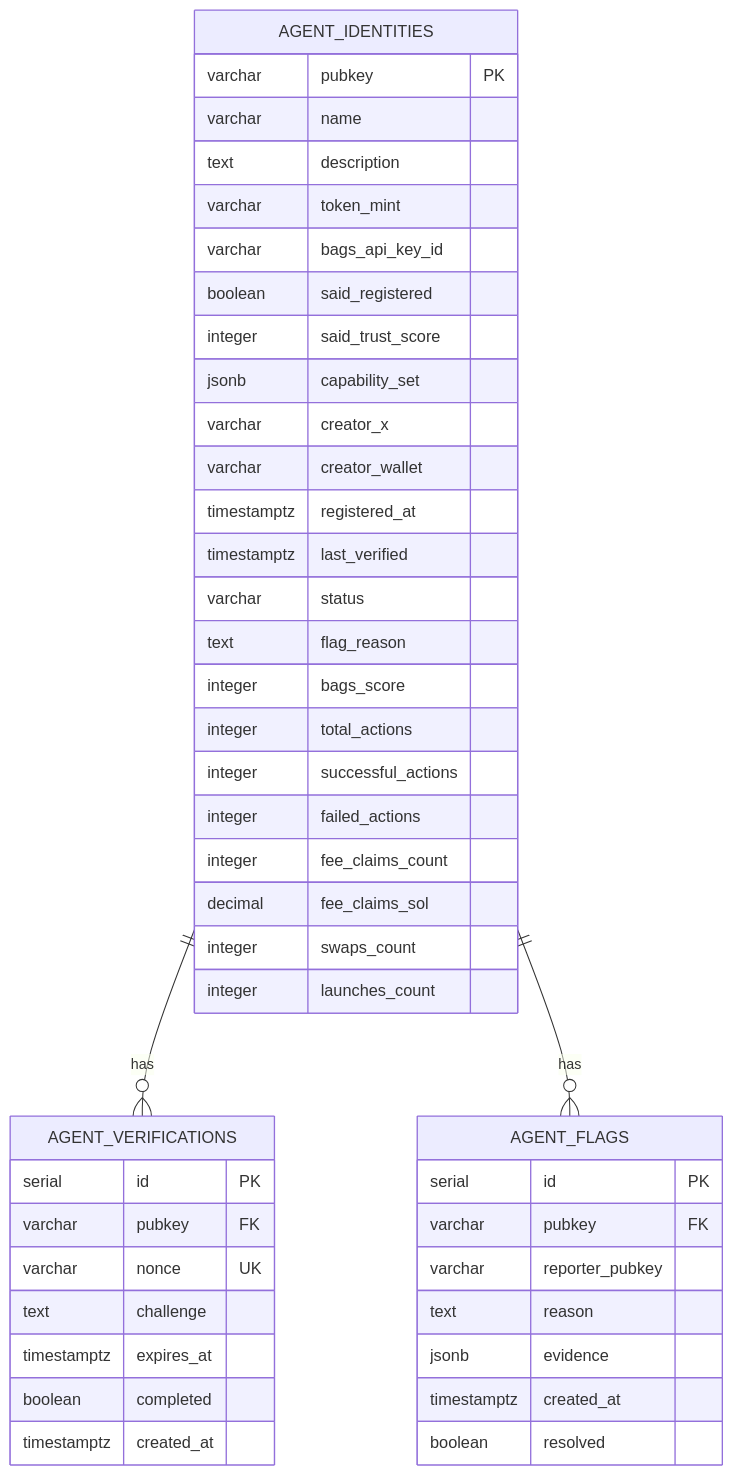
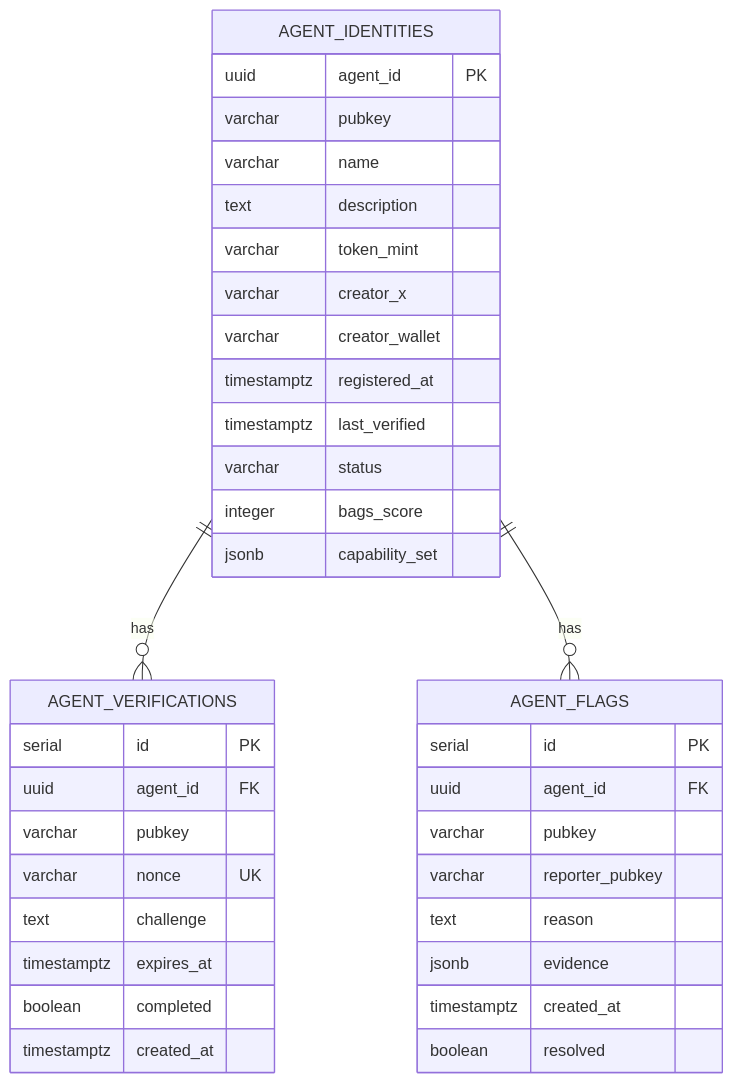
Before and after one commit to RunTimeAdmin/AgentID: the fifth of 6 diagrams in .qoder/repowiki/en/content/Project Overview/Core Components/PKI Challenge-Response System.md, drawn with Mermaid. The commit also changed other lines of this file and 31 other files, not shown here.

````diff
--- a/.qoder/repowiki/en/content/Project Overview/Core Components/PKI Challenge-Response System.md
+++ b/.qoder/repowiki/en/content/Project Overview/Core Components/PKI Challenge-Response System.md
@@ -222,47 +241,39 @@
 ```mermaid
 erDiagram
 AGENT_IDENTITIES {
-varchar pubkey PK
+uuid agent_id PK
+varchar pubkey
 varchar name
 text description
 varchar token_mint
-varchar bags_api_key_id
-boolean said_registered
-integer said_trust_score
-jsonb capability_set
 varchar creator_x
 varchar creator_wallet
 timestamptz registered_at
 timestamptz last_verified
 varchar status
-text flag_reason
 integer bags_score
-integer total_actions
-integer successful_actions
-integer failed_actions
-integer fee_claims_count
-decimal fee_claims_sol
-integer swaps_count
-integer launches_count
+jsonb capability_set
 }
 AGENT_VERIFICATIONS {
 serial id PK
-varchar pubkey FK
+uuid agent_id FK
+varchar pubkey
 varchar nonce UK
 text challenge
 timestamptz expires_at
 boolean completed
 timestamptz created_at
 }
 AGENT_FLAGS {
 serial id PK
-varchar pubkey FK
+uuid agent_id FK
+varchar pubkey
 varchar reporter_pubkey
 text reason
 jsonb evidence
 timestamptz created_at
 boolean resolved
 }
 AGENT_IDENTITIES ||--o{ AGENT_VERIFICATIONS : "has"
 AGENT_IDENTITIES ||--o{ AGENT_FLAGS : "has"
 ```
````
